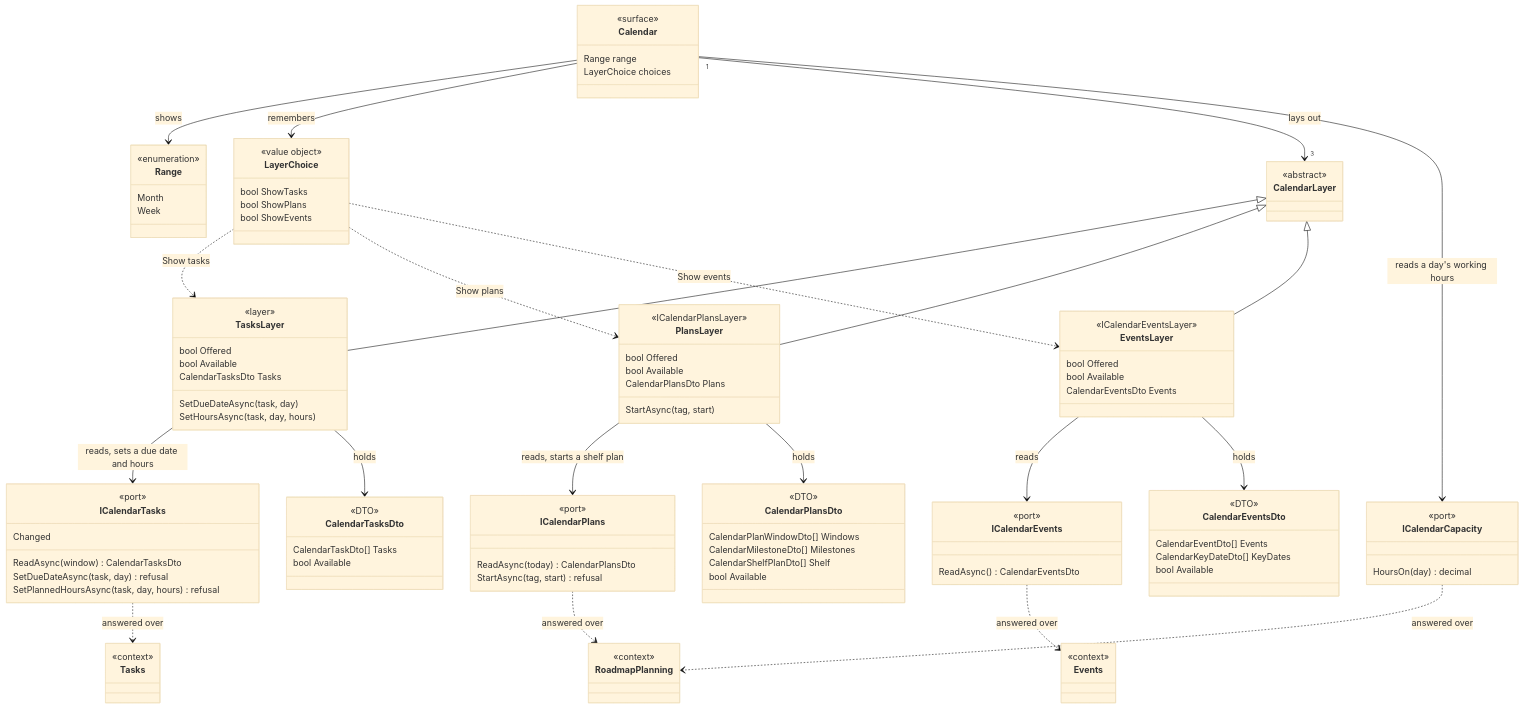
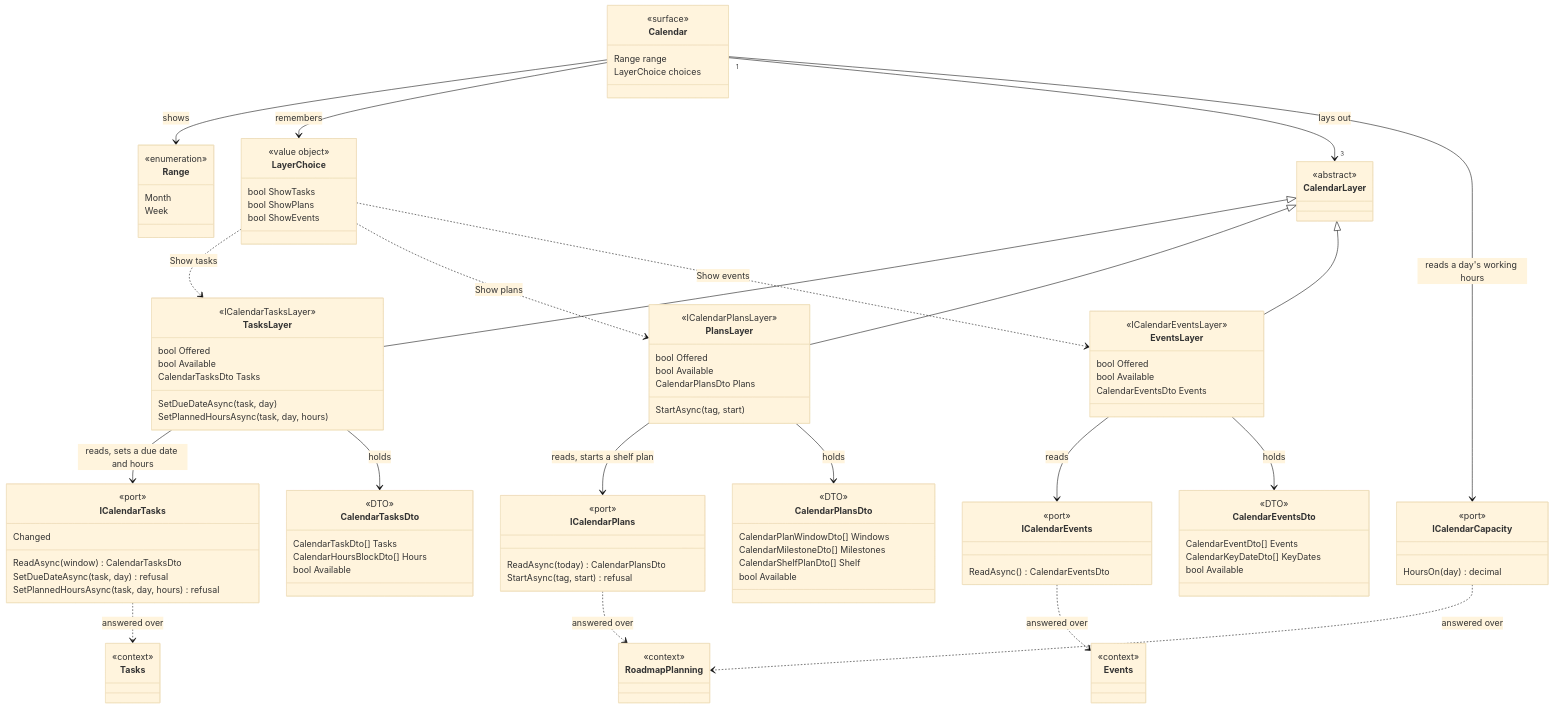
The diagram in .devbook/domain/calendar/model.md (JSdotNet/Backlog), drawn with Mermaid (base theme) before and after one commit. The commit also changed other lines of this file and 96 other files, not shown here.

First line of the commit message:
feat(calendar): the Calendar owns its grid; Tasks is one layer (ADR 0056)

```diff
--- a/.devbook/domain/calendar/model.md
+++ b/.devbook/domain/calendar/model.md
@@ -34,12 +34,12 @@
         <<abstract>>
     }
     class TasksLayer {
-        <<layer>>
+        <<ICalendarTasksLayer>>
         bool Offered
         bool Available
         CalendarTasksDto Tasks
         SetDueDateAsync(task, day)
-        SetHoursAsync(task, day, hours)
+        SetPlannedHoursAsync(task, day, hours)
     }
     class PlansLayer {
         <<ICalendarPlansLayer>>
@@ -77,6 +77,7 @@
     class CalendarTasksDto {
         <<DTO>>
         CalendarTaskDto[] Tasks
+        CalendarHoursBlockDto[] Hours
         bool Available
     }
     class CalendarPlansDto {
```
